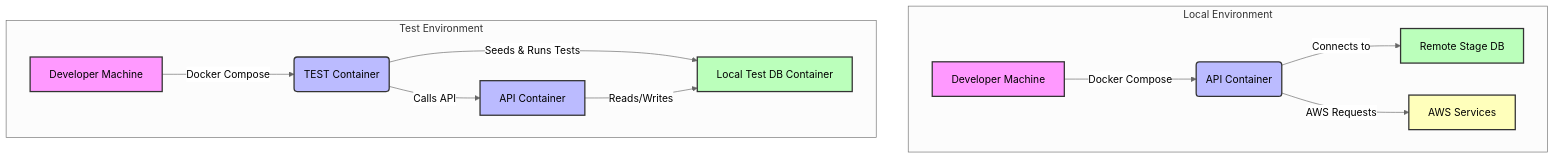
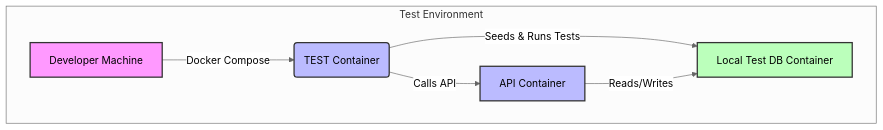
Before and after one commit to justinl-y/demo-platform: the second of 2 diagrams in api-demo/README.md, drawn with Mermaid (neutral theme). The commit also changed 2 other files, not shown here.

Commit message:
#9 - (fix/readme-changes)
* Readme changes

* Docker file fix

````diff
--- a/api-demo/README.md
+++ b/api-demo/README.md
@@ -17,24 +32,14 @@
 ```mermaid
 flowchart TB
-    subgraph Local Environment
-        A[Developer Machine] -->|Docker Compose| B(API Container)
-        B -->|Connects to| C[Remote Stage DB]
-        B -->|AWS Requests| D[AWS Services]
-    end
-
     subgraph Test Environment
         E[Developer Machine] -->|Docker Compose| F(TEST Container)
         F -->|Seeds & Runs Tests| G[Local Test DB Container]
         F -->|Calls API| H[API Container]
         H -->|Reads/Writes| G
     end
 
-    style A fill:#f9f,stroke:#333,stroke-width:2px
-    style B fill:#bbf,stroke:#333,stroke-width:2px
-    style C fill:#bfb,stroke:#333,stroke-width:2px
-    style D fill:#ffb,stroke:#333,stroke-width:2px
     style E fill:#f9f,stroke:#333,stroke-width:2px
     style F fill:#bbf,stroke:#333,stroke-width:2px
     style G fill:#bfb,stroke:#333,stroke-width:2px
     style H fill:#bbf,stroke:#333,stroke-width:2px
 ```
````
